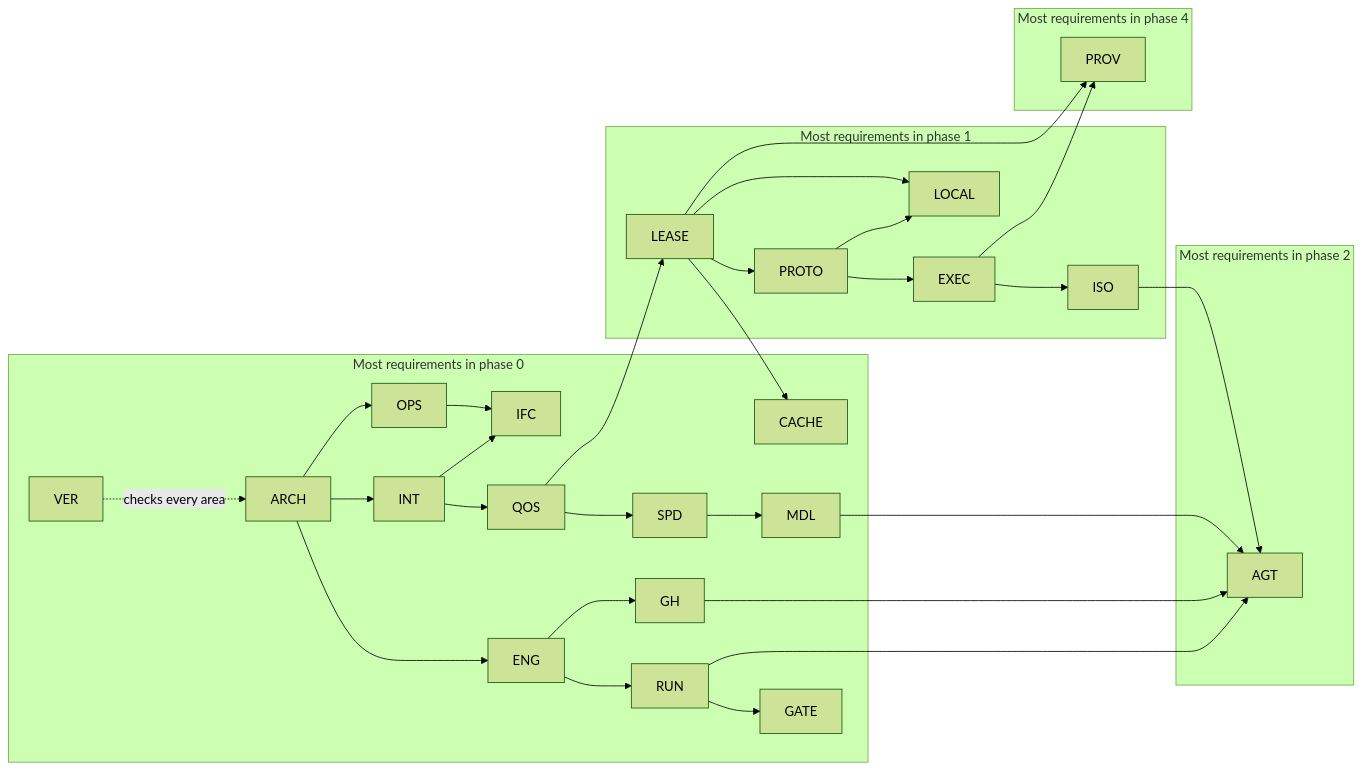
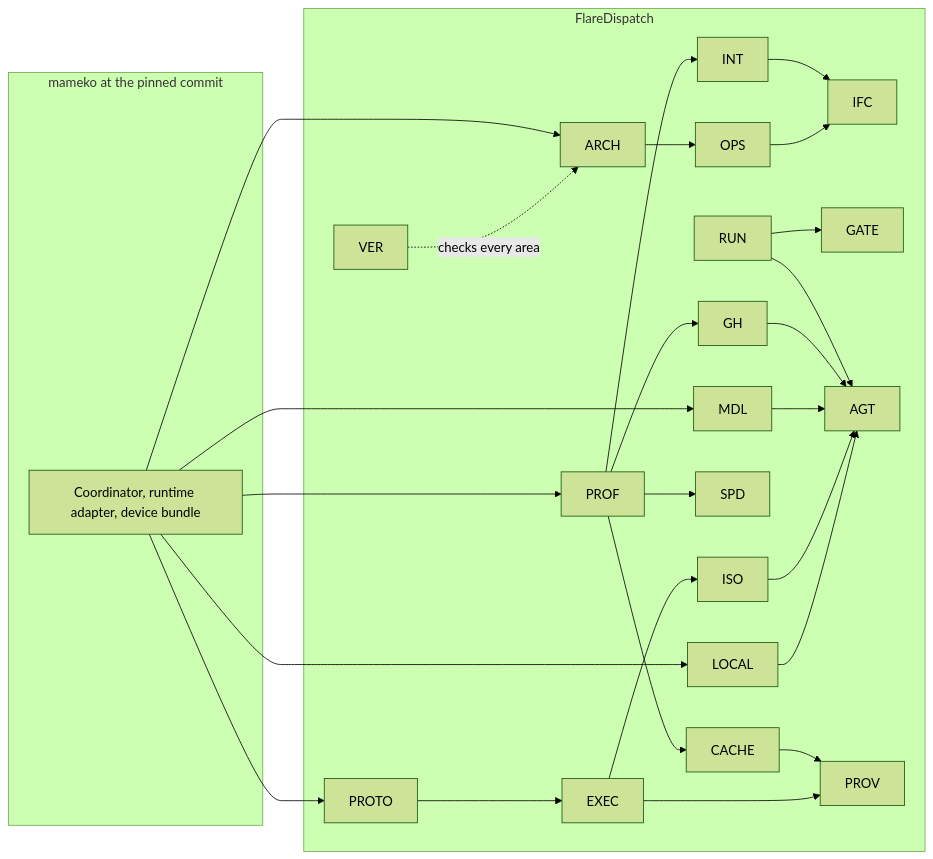
One commit to fractalboxdev/flare-dispatch changed the second of 2 diagrams in specs/roadmap.md. Above: the diagram before and after it, drawn with Mermaid (forest theme). The commit also changed other lines of this file and 45 other files, not shown here.

First line of the commit message:
specs: FlareDispatch's CI half on mameko

````diff
--- a/specs/roadmap.md
+++ b/specs/roadmap.md
@@ -73,59 +75,53 @@
 ```mermaid
 flowchart LR
-  accTitle: Dependencies between requirement areas
-  subgraph ph0["Most requirements in phase 0"]
+  accTitle: Dependencies between FlareDispatch's requirement areas and mameko
+  subgraph mk["mameko at the pinned commit"]
+    M[Coordinator, runtime adapter, device bundle]
+  end
+  subgraph fd["FlareDispatch"]
     VER[VER]
     ARCH[ARCH]
-    ENG[ENG]
-    RUN[RUN]
+    PROF[PROF]
     INT[INT]
-    QOS[QOS]
-    SPD[SPD]
     GH[GH]
     CACHE[CACHE]
-    MDL[MDL]
     IFC[IFC]
     OPS[OPS]
+    RUN[RUN]
     GATE[GATE]
-  end
-  subgraph ph1["Most requirements in phase 1"]
-    LEASE[LEASE]
+    AGT[AGT]
+    PROV[PROV]
+    SPD[SPD]
+    MDL[MDL]
     PROTO[PROTO]
     EXEC[EXEC]
     ISO[ISO]
     LOCAL[LOCAL]
   end
-  subgraph ph2["Most requirements in phase 2"]
-    AGT[AGT]
-  end
-  subgraph ph4["Most requirements in phase 4"]
-    PROV[PROV]
-  end
+  M --> PROF
+  M --> ARCH
   VER -.->|checks every area| ARCH
-  ARCH --> ENG
-  ARCH --> INT
+  PROF --> INT
+  PROF --> GH
+  PROF --> CACHE
   ARCH --> OPS
-  ENG --> RUN
-  ENG --> GH
+  INT --> IFC
+  OPS --> IFC
   RUN --> GATE
   RUN --> AGT
-  INT --> QOS
-  INT --> IFC
-  OPS --> IFC
-  QOS --> SPD
-  QOS --> LEASE
-  SPD --> MDL
-  LEASE --> CACHE
-  LEASE --> PROTO
-  LEASE --> LOCAL
+  GH --> AGT
+  CACHE --> PROV
+  PROF --> SPD
+  M --> PROTO
   PROTO --> EXEC
-  PROTO --> LOCAL
   EXEC --> ISO
-  GH --> AGT
+  M --> LOCAL
+  M --> MDL
   MDL --> AGT
   ISO --> AGT
-  LEASE --> PROV
+  LOCAL --> AGT
   EXEC --> PROV
+  class M muted
   class VER,ARCH accent
-  class ph0,ph1,ph2,ph4 group
+  class mk,fd group
 ```
````
